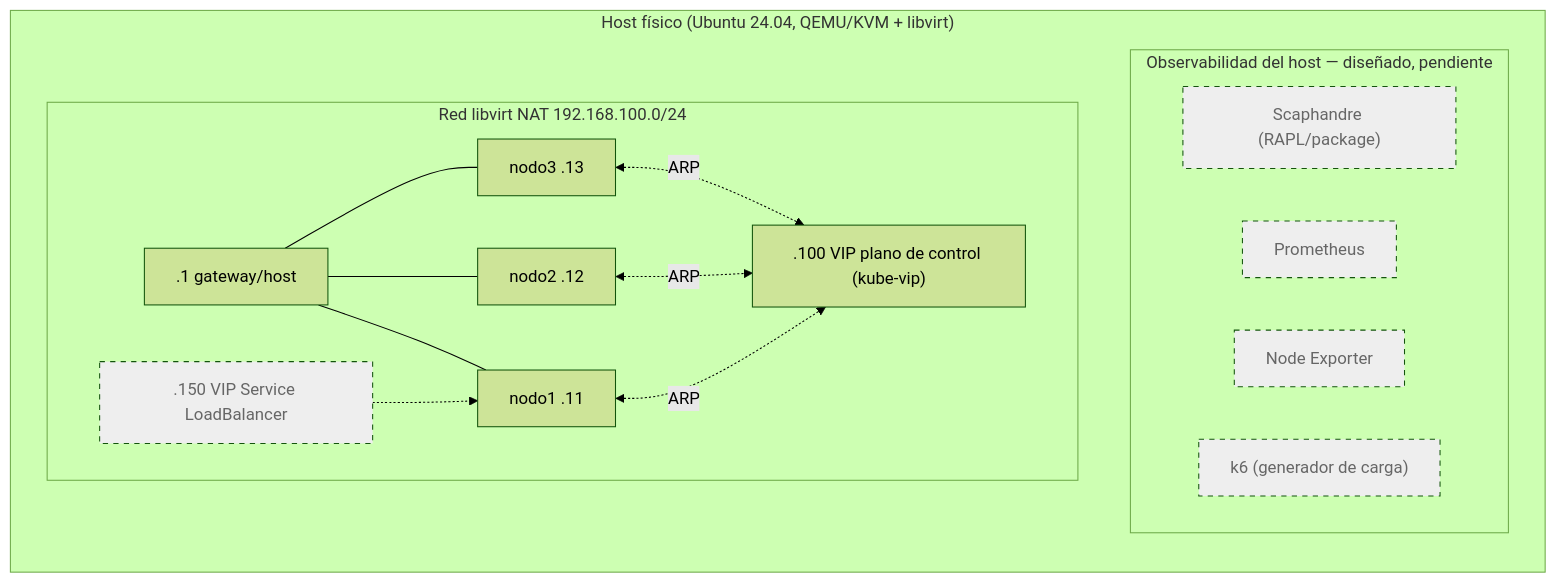
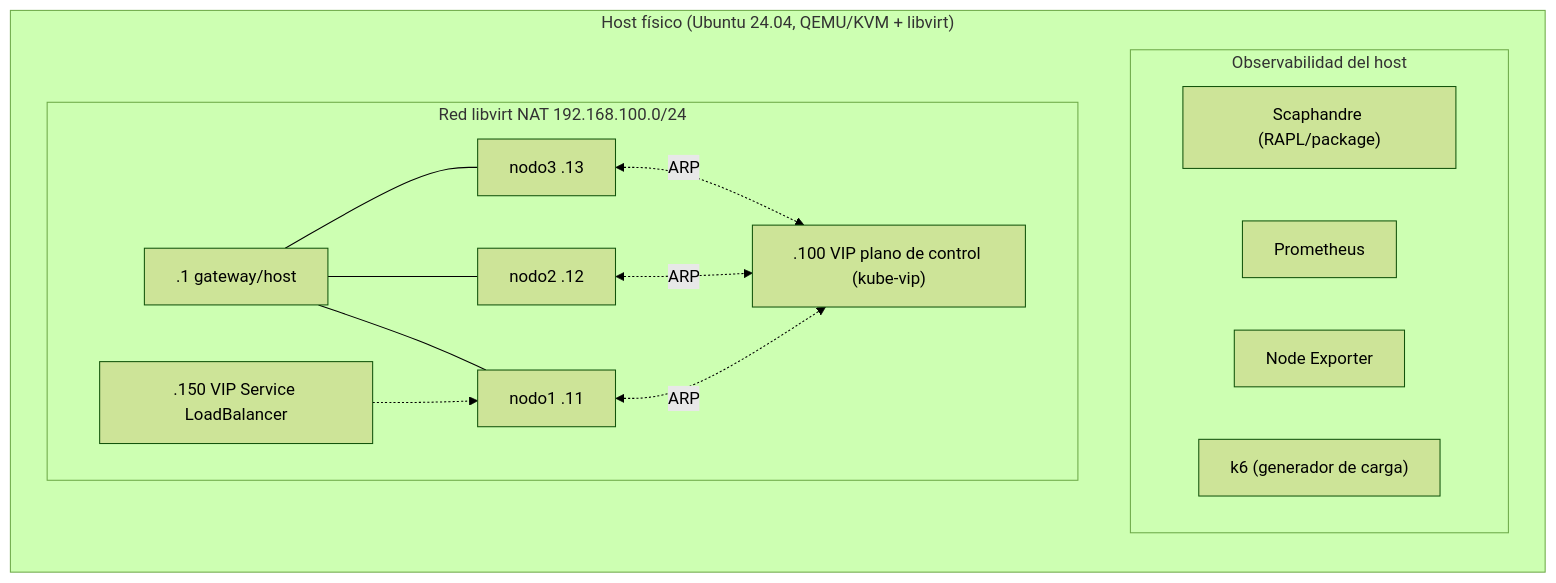
The diagram in README.md (Coto2412/k3s-microk8s-ha-benchmarks), drawn with Mermaid (forest theme) before and after one commit. The commit also changed other lines of this file and 52 other files, not shown here.

Commit message:
feat: cierre de HU-17 y T-18 completo con NGINX de referencia, LoadBalancer en .150, kube-vip v1.2.4, k6, data/ versionado y documentación al día

````diff
--- a/README.md
+++ b/README.md
@@ -37,28 +37,28 @@
 ```mermaid
 flowchart TB
     subgraph HOST["Host físico (Ubuntu 24.04, QEMU/KVM + libvirt)"]
         direction TB
-        subgraph OBS["Observabilidad del host — diseñado, pendiente"]
-            SCAPH["Scaphandre (RAPL/package)"]:::pending
-            PROM["Prometheus"]:::pending
-            NE_HOST["Node Exporter"]:::pending
-            K6["k6 (generador de carga)"]:::pending
+        subgraph OBS["Observabilidad del host"]
+            SCAPH["Scaphandre (RAPL/package)"]
+            PROM["Prometheus"]
+            NE_HOST["Node Exporter"]
+            K6["k6 (generador de carga)"]
         end
         subgraph NET["Red libvirt NAT 192.168.100.0/24"]
             GW[".1 gateway/host"]
             VIP_CP[".100 VIP plano de control (kube-vip)"]
-            VIP_LB[".150 VIP Service LoadBalancer"]:::pending
+            VIP_LB[".150 VIP Service LoadBalancer"]
             N1["nodo1 .11"]
             N2["nodo2 .12"]
             N3["nodo3 .13"]
         end
     end
     GW --- N1
     GW --- N2
     GW --- N3
     N1 <-.ARP.-> VIP_CP
     N2 <-.ARP.-> VIP_CP
     N3 <-.ARP.-> VIP_CP
     VIP_LB -.-> N1
     classDef pending stroke-dasharray: 5 5,fill:#eee,color:#666;
 ```
````
